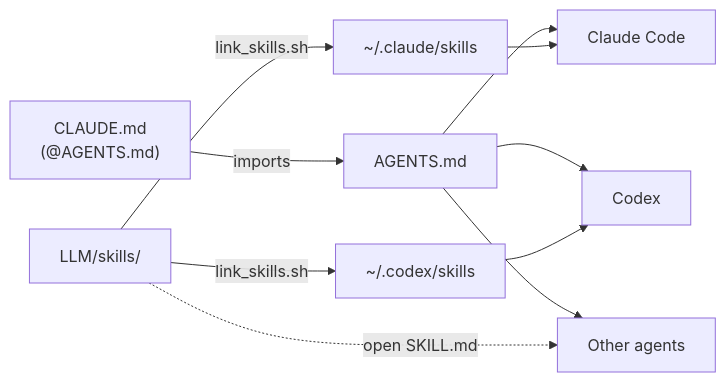
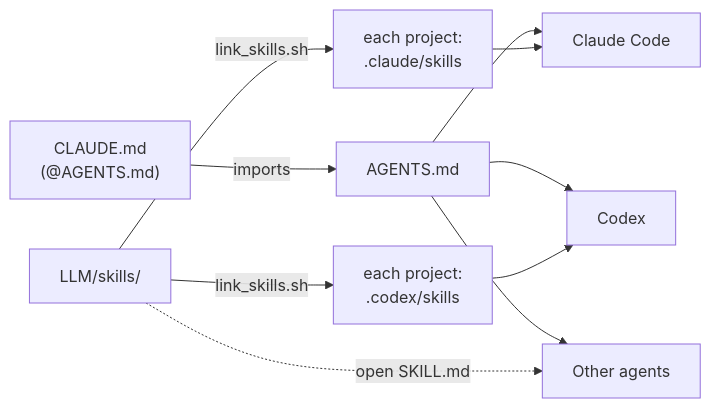
The fifth of 6 diagrams in README.md (zelvet-velvet/agent-worklog-vault), drawn with Mermaid before and after one commit. The commit also changed other lines of this file and 4 other files, not shown here.

First line of the commit message:
feat(skills): link skills into project folders, not the global ones

````diff
--- a/README.md
+++ b/README.md
@@ -97,10 +97,10 @@
 ```mermaid
 flowchart LR
     CL["CLAUDE.md<br/>(@AGENTS.md)"] -- imports --> AG[AGENTS.md]
     AG --> CC[Claude Code]
     AG --> CX[Codex]
     AG --> O[Other agents]
-    SK[LLM/skills/] -- link_skills.sh --> C1["~/.claude/skills"] --> CC
-    SK -- link_skills.sh --> C2["~/.codex/skills"] --> CX
+    SK[LLM/skills/] -- link_skills.sh --> C1["each project:<br/>.claude/skills"] --> CC
+    SK -- link_skills.sh --> C2["each project:<br/>.codex/skills"] --> CX
     SK -.->|open SKILL.md| O
 ```
````
